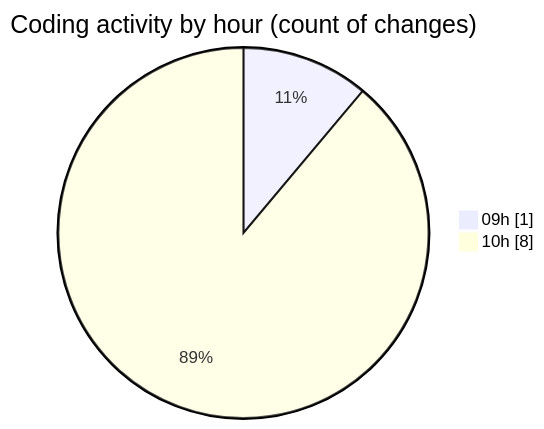
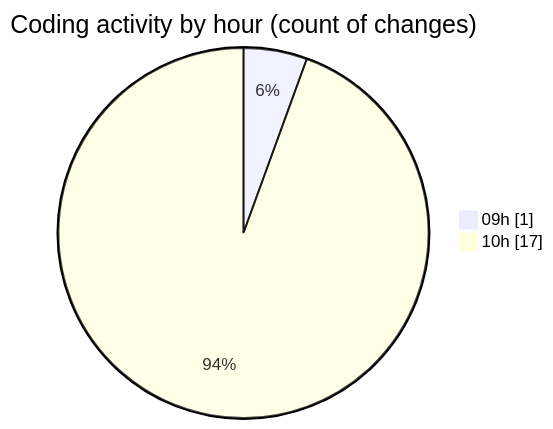
One commit to momahboobian/code-tracking changed the second of 2 diagrams in 2026-10-20/cda/README.md. Above: the diagram before and after it, drawn with Mermaid. The commit also changed other lines of this file and 1 other file, not shown here.

````diff
--- a/2026-10-20/cda/README.md
+++ b/2026-10-20/cda/README.md
@@ -31,6 +31,6 @@
 ```mermaid
 pie showData
 title Coding activity by hour (count of changes)
 "09h" : 1
-"10h" : 8
+"10h" : 17
 ```
````
